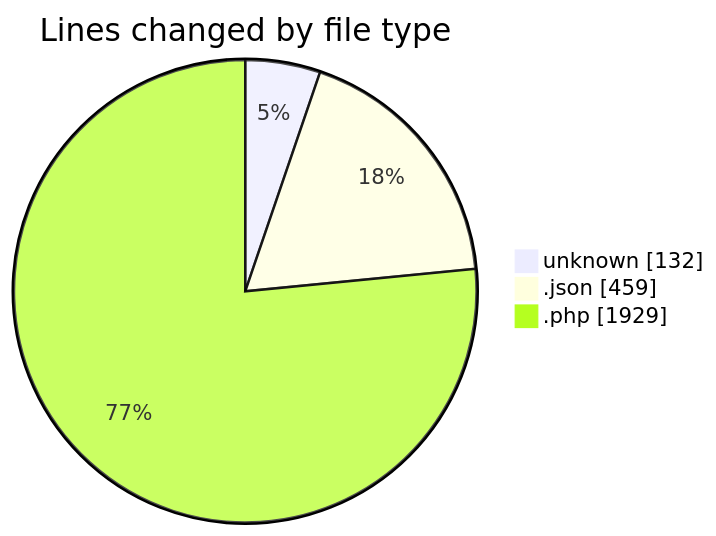
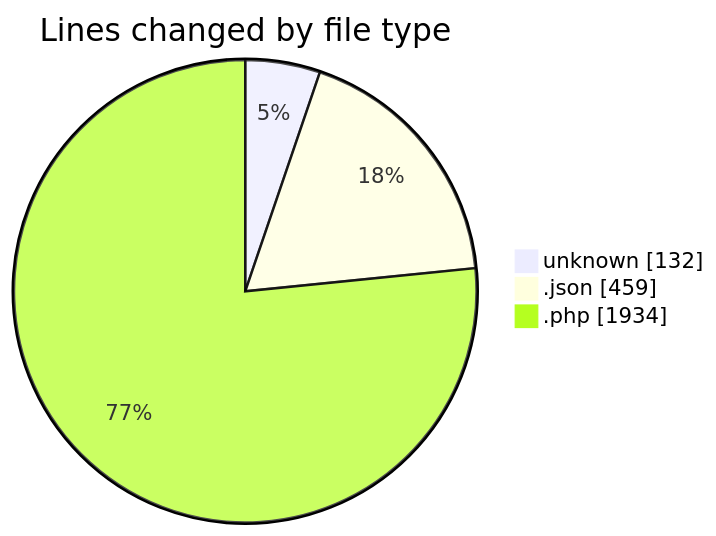
The first of 2 diagrams in 2025-03-26/autodidak/README.md (idhammustaqopulfikri/code-tracking), drawn with Mermaid before and after one commit. The commit also changed other lines of this file and 1 other file, not shown here.

````diff
--- a/2025-03-26/autodidak/README.md
+++ b/2025-03-26/autodidak/README.md
@@ -33,7 +33,7 @@
 ```mermaid
 pie showData
 title Lines changed by file type
 "unknown" : 132
 ".json" : 459
-".php" : 1929
+".php" : 1934
 ```
````
